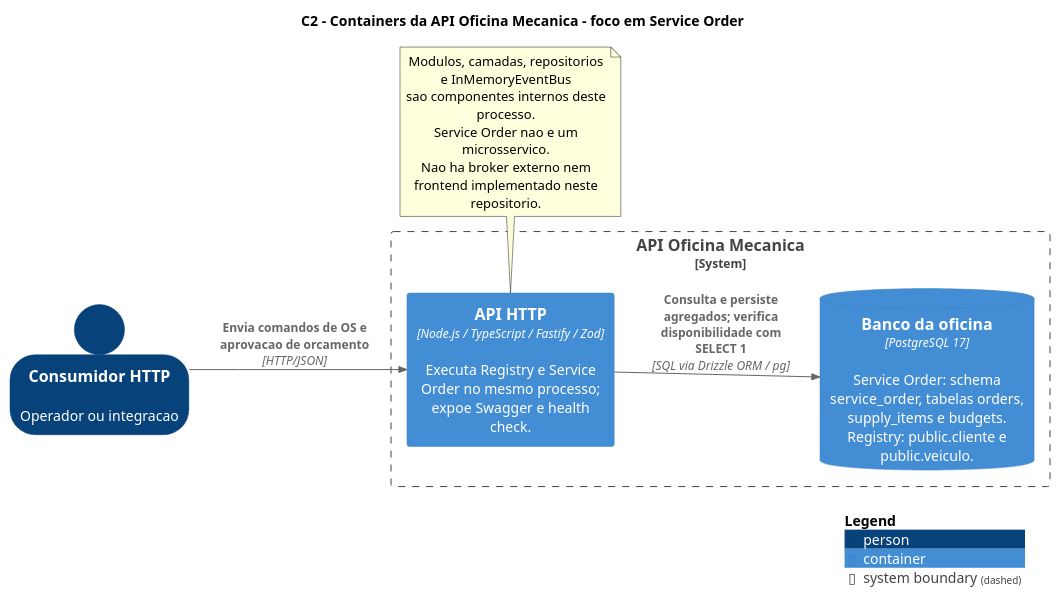
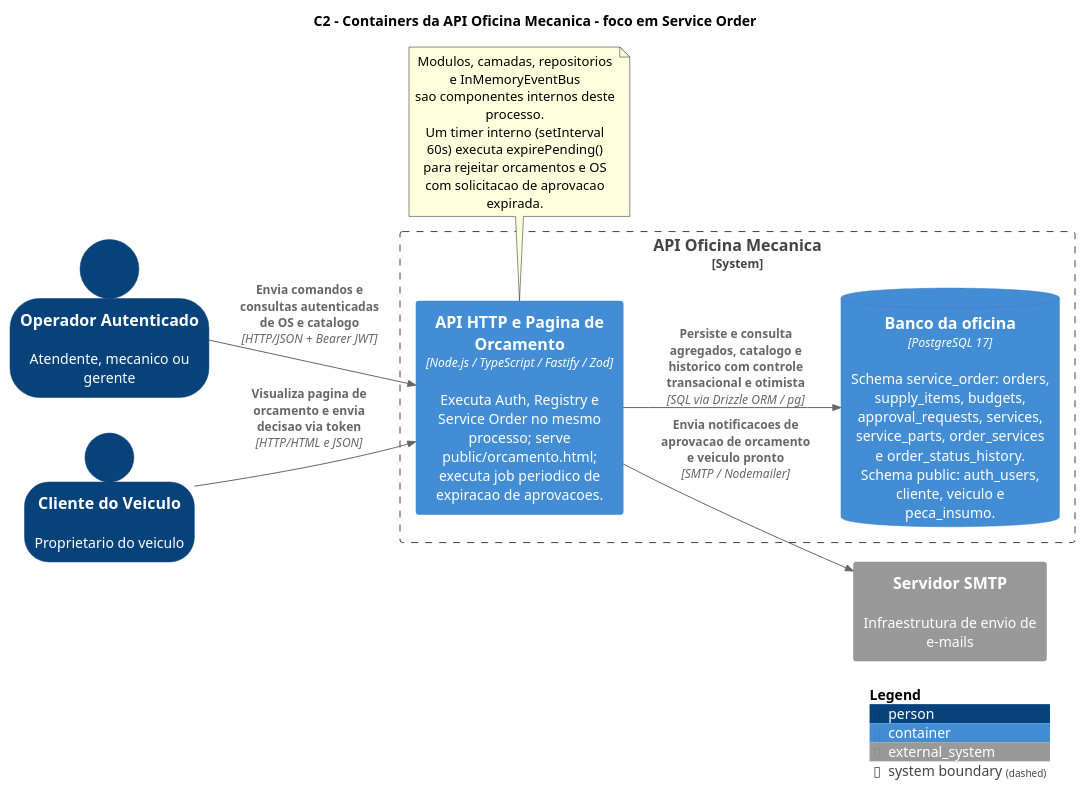
Before and after one commit to 15soat-fiap-45/api.mecanica: the diagram in docs/plantuml/c4-service-order-containers.puml, drawn with PlantUML. The commit also changed 8 other files, not shown here.

Commit message:
docs(service-order): align C4 and PlantUML diagrams with current implementation

```diff
--- a/docs/plantuml/c4-service-order-containers.puml
+++ b/docs/plantuml/c4-service-order-containers.puml
@@ -1,22 +1,29 @@
 @startuml service_order_c2_containers
 !include https://raw.githubusercontent.com/plantuml-stdlib/C4-PlantUML/master/C4_Container.puml
 title C2 - Containers da API Oficina Mecanica - foco em Service Order
 LAYOUT_LEFT_RIGHT()
 SHOW_PERSON_OUTLINE()
 
-Person(consumer, "Consumidor HTTP", "Operador ou integracao")
+Person(operator, "Operador Autenticado", "Atendente, mecanico ou gerente")
+Person(customer, "Cliente do Veiculo", "Proprietario do veiculo")
+
 System_Boundary(workshop, "API Oficina Mecanica") {
-  Container(api, "API HTTP", "Node.js / TypeScript / Fastify / Zod", "Executa Registry e Service Order no mesmo processo; expoe Swagger e health check.")
-  ContainerDb(database, "Banco da oficina", "PostgreSQL 17", "Service Order: schema service_order, tabelas orders, supply_items e budgets. Registry: public.cliente e public.veiculo.")
+  Container(api, "API HTTP e Pagina de Orcamento", "Node.js / TypeScript / Fastify / Zod", "Executa Auth, Registry e Service Order no mesmo processo; serve public/orcamento.html; executa job periodico de expiracao de aprovacoes.")
+  ContainerDb(database, "Banco da oficina", "PostgreSQL 17", "Schema service_order: orders, supply_items, budgets, approval_requests, services, service_parts, order_services e order_status_history. Schema public: auth_users, cliente, veiculo e peca_insumo.")
 }
-Rel(consumer, api, "Envia comandos de OS e aprovacao de orcamento", "HTTP/JSON")
-Rel(api, database, "Consulta e persiste agregados; verifica disponibilidade com SELECT 1", "SQL via Drizzle ORM / pg")
+
+System_Ext(smtp, "Servidor SMTP", "Infraestrutura de envio de e-mails")
+
+Rel(operator, api, "Envia comandos e consultas autenticadas de OS e catalogo", "HTTP/JSON + Bearer JWT")
+Rel(customer, api, "Visualiza pagina de orcamento e envia decisao via token", "HTTP/HTML e JSON")
+Rel(api, database, "Persiste e consulta agregados, catalogo e historico com controle transacional e otimista", "SQL via Drizzle ORM / pg")
+Rel(api, smtp, "Envia notificacoes de aprovacao de orcamento e veiculo pronto", "SMTP / Nodemailer")
 
 note bottom of api
   Modulos, camadas, repositorios e InMemoryEventBus
   sao componentes internos deste processo.
-  Service Order nao e um microsservico.
-  Nao ha broker externo nem frontend implementado neste repositorio.
+  Um timer interno (setInterval 60s) executa expirePending()
+  para rejeitar orcamentos e OS com solicitacao de aprovacao expirada.
 end note
 SHOW_LEGEND()
 @enduml
```
